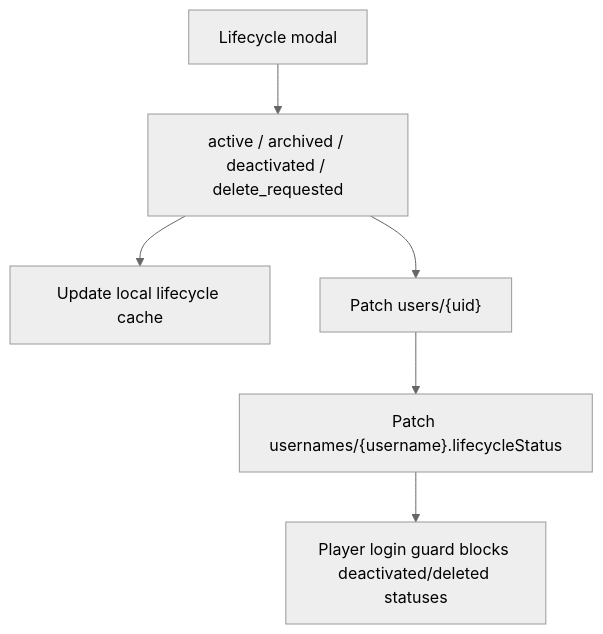
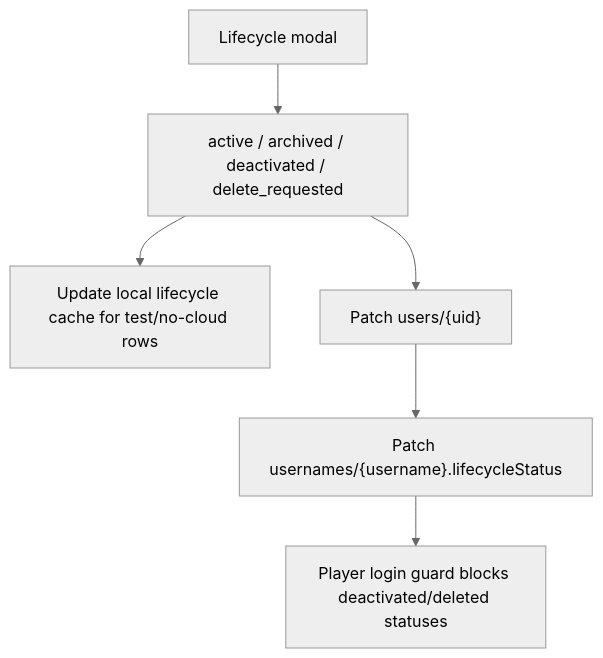
One commit to purichw/coin-quest-ledger changed diagram 15 of 17 in SITE_MAP_AND_INTERACTIONS.md. Above: the diagram before and after it, drawn with Mermaid (neutral theme). The commit also changed other lines of this file and 13 other files, not shown here.

````diff
--- a/SITE_MAP_AND_INTERACTIONS.md
+++ b/SITE_MAP_AND_INTERACTIONS.md
@@ -449,8 +454,8 @@
 ```mermaid
 flowchart TD
   Lifecycle["Lifecycle modal"] --> Status["active / archived / deactivated / delete_requested"]
-  Status --> Local["Update local lifecycle cache"]
+  Status --> Local["Update local lifecycle cache for test/no-cloud rows"]
   Status --> Firestore["Patch users/{uid}"]
   Firestore --> Username["Patch usernames/{username}.lifecycleStatus"]
   Username --> LoginGuard["Player login guard blocks deactivated/deleted statuses"]
 ```
````
